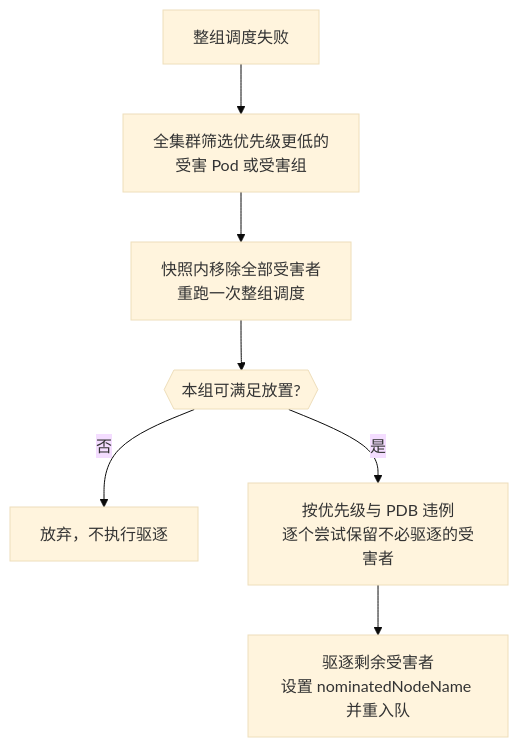
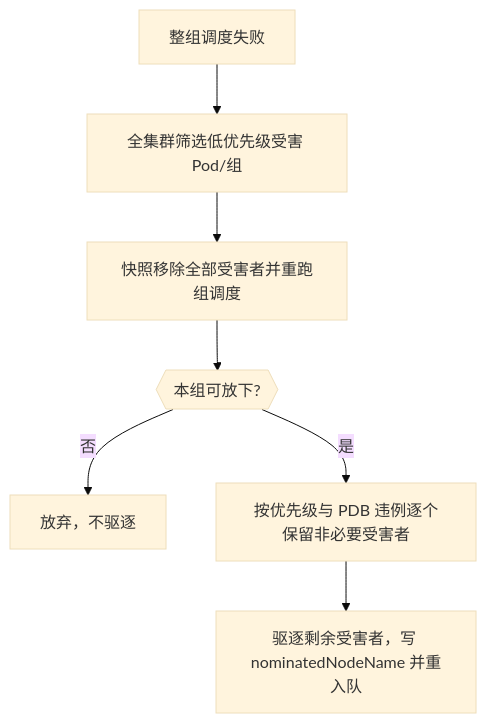
Before and after one commit to JesseStutler/volcano: the eighth of 11 diagrams in docs/research/k8s-workload-aware-scheduling-vs-volcano-cn.md, drawn with Mermaid (base theme). The commit also changed other lines of this file and 1 other file, not shown here.

First line of the commit message:
docs: tighten report for sharing and add single-Pod vs PodGroup flow

````diff
--- a/docs/research/k8s-workload-aware-scheduling-vs-volcano-cn.md
+++ b/docs/research/k8s-workload-aware-scheduling-vs-volcano-cn.md
@@ -404,9 +316,9 @@
 ```mermaid
 flowchart TD
-    A["整组调度失败"] --> B["全集群筛选优先级更低的<br/>受害 Pod 或受害组"]
-    B --> C["快照内移除全部受害者<br/>重跑一次整组调度"]
-    C --> D{{"本组可满足放置?"}}
-    D -- 否 --> E["放弃，不执行驱逐"]
-    D -- 是 --> F["按优先级与 PDB 违例<br/>逐个尝试保留不必驱逐的受害者"]
-    F --> G["驱逐剩余受害者<br/>设置 nominatedNodeName 并重入队"]
+    A["整组调度失败"] --> B["全集群筛选低优先级受害 Pod/组"]
+    B --> C["快照移除全部受害者并重跑组调度"]
+    C --> D{{"本组可放下?"}}
+    D -- 否 --> E["放弃，不驱逐"]
+    D -- 是 --> F["按优先级与 PDB 违例逐个保留非必要受害者"]
+    F --> G["驱逐剩余受害者，写 nominatedNodeName 并重入队"]
 ```
````
